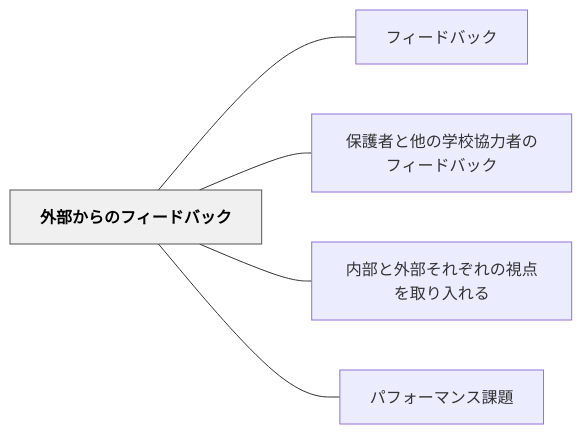
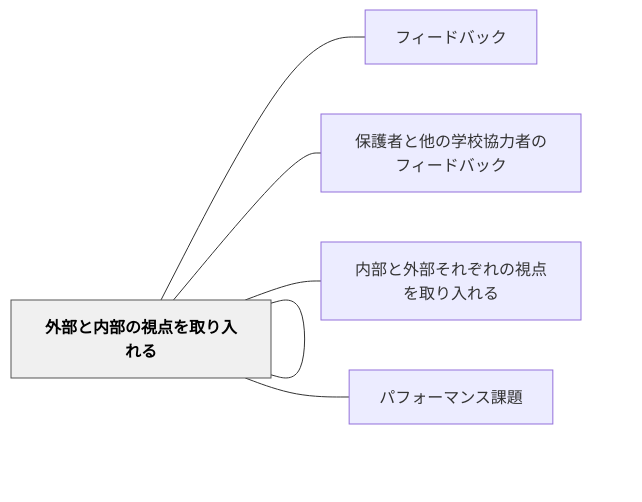
The diagram in content/パタン/外部からのフィードバック.md (unknownthings-ed-patterns/unknownthings-ed-patterns), drawn with Mermaid before and after one commit. The commit also changed other lines of this file and 473 other files, not shown here.

````diff
--- a/content/パタン/外部からのフィードバック.md
+++ b/content/パタン/外部からのフィードバック.md
@@ -52,16 +53,18 @@
 ```mermaid
 flowchart LR
     ne5a496e983a8["外部からのフィードバック"]
+    ne5a496e983a8["外部と内部の視点を取り入れる"]
     ne38395e382a3["フィードバック"]
     ne4bf9de8adb7["保護者と他の学校協力者のフィードバック"]
     ne58685e983a8["内部と外部それぞれの視点を取り入れる"]
     ne38391e38395["パフォーマンス課題"]
 
+    ne5a496e983a8 --- ne5a496e983a8
     ne5a496e983a8 --- ne38395e382a3
     ne5a496e983a8 --- ne4bf9de8adb7
     ne5a496e983a8 --- ne58685e983a8
     ne5a496e983a8 --- ne38391e38395
 
     classDef hub fill:#f0f0f0,stroke:#555,color:#000,font-weight:bold
     class ne5a496e983a8 hub
 ```
````
